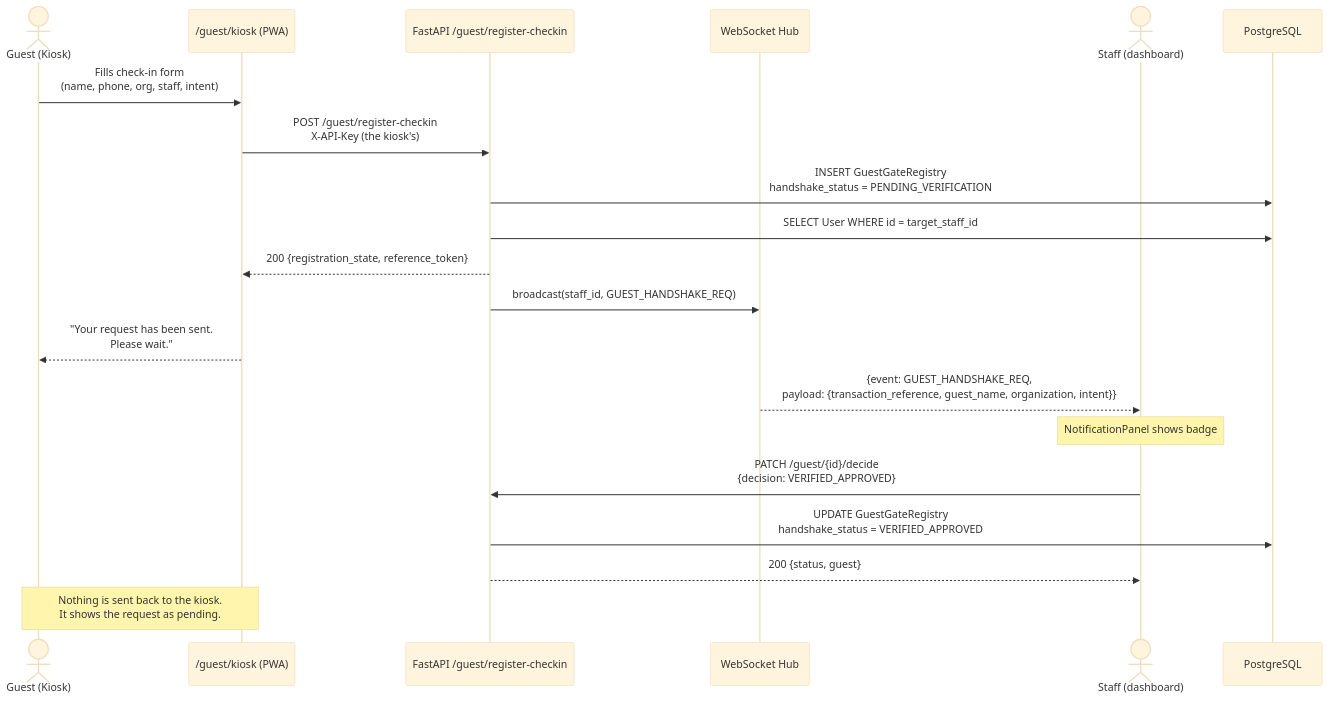
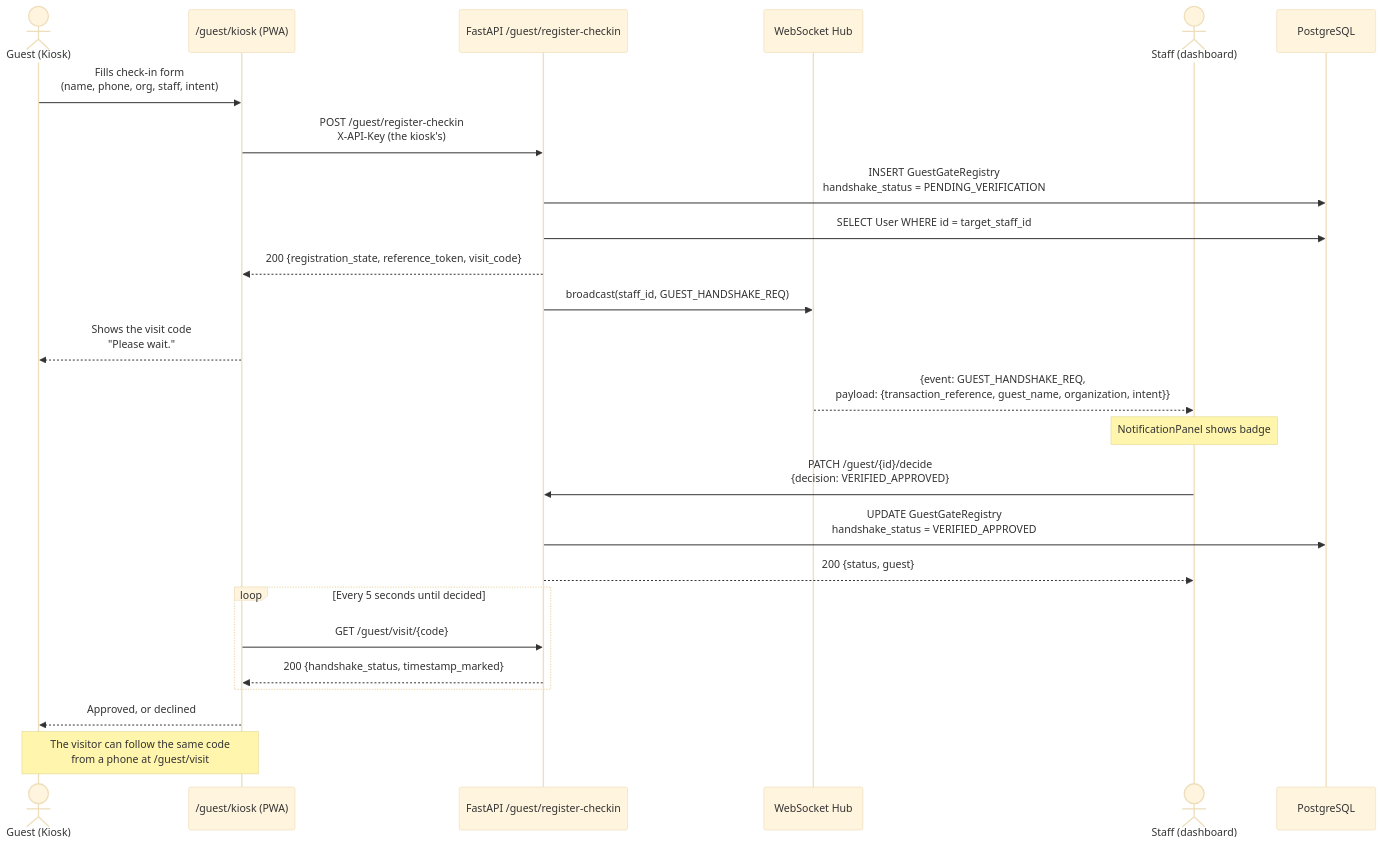
Before and after one commit to Life-Experimentalist/Chronos-Ledger: the third of 4 diagrams in docs/flows.md, drawn with Mermaid (base theme). The commit also changed other lines of this file and 18 other files, not shown here.

First line of the commit message:
feat(guest): a visitor can follow their check-in with a code

````diff
--- a/docs/flows.md
+++ b/docs/flows.md
@@ -99,26 +99,32 @@
 ```mermaid
 sequenceDiagram
     actor G as Guest (Kiosk)
     participant KI as /guest/kiosk (PWA)
     participant API as FastAPI /guest/register-checkin
     participant WS as WebSocket Hub
     actor Fac as Staff (dashboard)
     participant DB as PostgreSQL
 
     G->>KI: Fills check-in form<br/>(name, phone, org, staff, intent)
     KI->>API: POST /guest/register-checkin<br/>X-API-Key (the kiosk's)
     API->>DB: INSERT GuestGateRegistry<br/>handshake_status = PENDING_VERIFICATION
     API->>DB: SELECT User WHERE id = target_staff_id
-    API-->>KI: 200 {registration_state, reference_token}
+    API-->>KI: 200 {registration_state, reference_token, visit_code}
     API->>WS: broadcast(staff_id, GUEST_HANDSHAKE_REQ)
-    KI-->>G: "Your request has been sent.<br/>Please wait."
+    KI-->>G: Shows the visit code<br/>"Please wait."
 
     WS-->>Fac: {event: GUEST_HANDSHAKE_REQ,<br/>payload: {transaction_reference, guest_name, organization, intent}}
     Note over Fac: NotificationPanel shows badge
 
     Fac->>API: PATCH /guest/{id}/decide<br/>{decision: VERIFIED_APPROVED}
     API->>DB: UPDATE GuestGateRegistry<br/>handshake_status = VERIFIED_APPROVED
     API-->>Fac: 200 {status, guest}
 
-    Note over KI,G: Nothing is sent back to the kiosk.<br/>It shows the request as pending.
+    loop Every 5 seconds until decided
+        KI->>API: GET /guest/visit/{code}
+        API-->>KI: 200 {handshake_status, timestamp_marked}
+    end
+    KI-->>G: Approved, or declined
+
+    Note over KI,G: The visitor can follow the same code<br/>from a phone at /guest/visit
 ```
````
